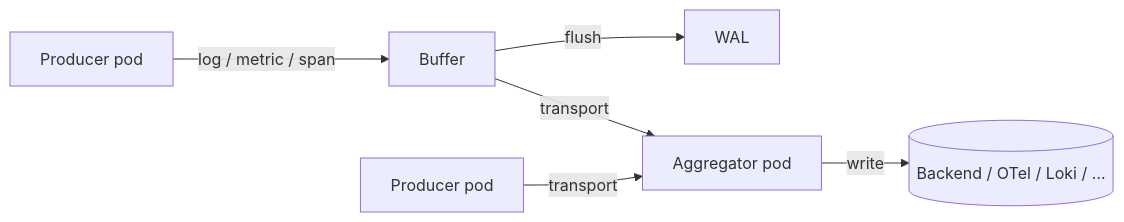
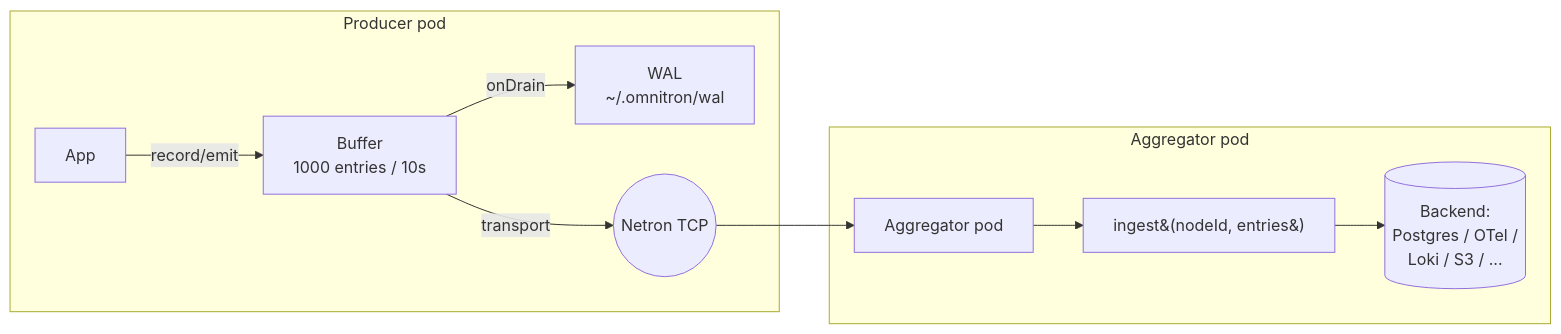
One commit to omnitron-dev/website changed the first of 3 diagrams in docs/titan/modules/telemetry-relay.mdx. Above: the diagram before and after it, drawn with Mermaid. The commit also changed other lines of this file and 4 other files, not shown here.

````diff
--- a/docs/titan/modules/telemetry-relay.mdx
+++ b/docs/titan/modules/telemetry-relay.mdx
@@ -38,8 +42,13 @@
 ```mermaid
 flowchart LR
-  P1[Producer pod] -- log / metric / span --> Buf1[Buffer]
-  Buf1 -- flush --> Wal1[WAL]
-  Buf1 -- transport --> Agg[Aggregator pod]
-  P2[Producer pod] -- transport --> Agg
-  Agg -- write --> Sink[(Backend / OTel / Loki / …)]
+  subgraph Producer pod
+    A1[App] -- record/emit --> Buf1[Buffer<br/>1000 entries / 10s]
+    Buf1 -- onDrain --> Wal1[WAL<br/>~/.omnitron/wal]
+    Buf1 -- transport --> Net((Netron TCP))
+  end
+  Net --> AggPod[Aggregator pod]
+  subgraph Aggregator pod
+    AggPod --> Ingest[ingest&#40;nodeId, entries&#41;]
+    Ingest --> Sink[(Backend:<br/>Postgres / OTel /<br/>Loki / S3 / ...)]
+  end
 ```
````
